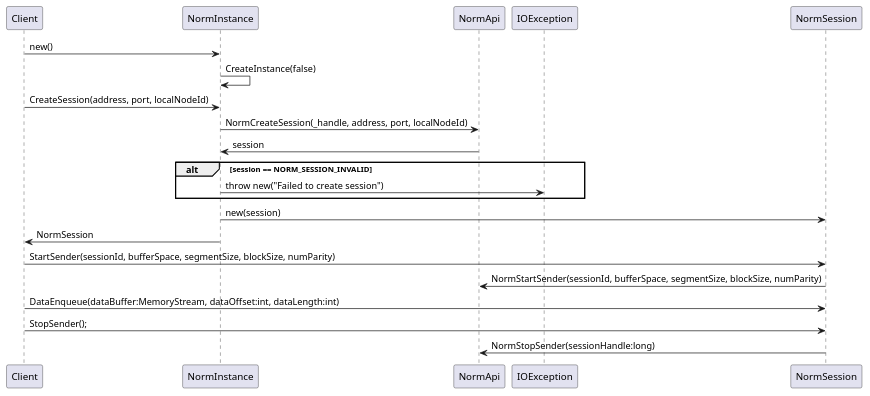
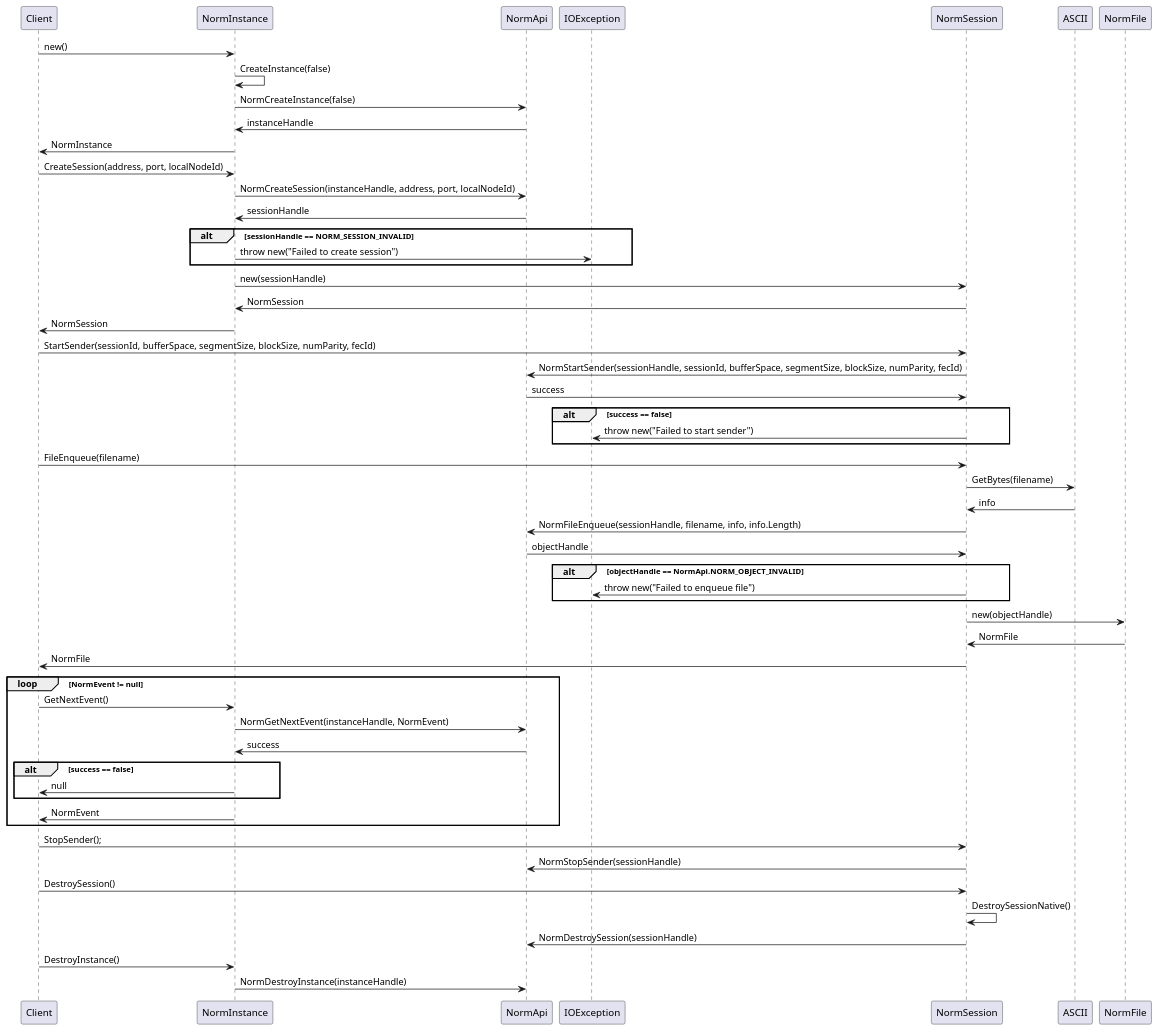
One commit to mullerj/norm changed the diagram in src/dotnet/design/Mil/Navy/Nrl/Norm/Sequence Diagrams/EnqueueFunction.puml. Above: the diagram before and after it, drawn with PlantUML.

Commit message:
Updated EnqueueFile sequence diagram

```diff
--- a/src/dotnet/design/Mil/Navy/Nrl/Norm/Sequence Diagrams/EnqueueFunction.puml
+++ b/src/dotnet/design/Mil/Navy/Nrl/Norm/Sequence Diagrams/EnqueueFunction.puml
@@ -1,17 +1,49 @@
 @startuml FileEnqueue
 Client -> NormInstance : new()
 NormInstance -> NormInstance : CreateInstance(false)
+NormInstance -> NormApi : NormCreateInstance(false)
+NormInstance <- NormApi : instanceHandle
+Client <- NormInstance : NormInstance
 Client -> NormInstance : CreateSession(address, port, localNodeId)
-NormInstance -> NormApi : NormCreateSession(_handle, address, port, localNodeId)
-NormInstance <- NormApi : session
-alt session == NORM_SESSION_INVALID
+NormInstance -> NormApi : NormCreateSession(instanceHandle, address, port, localNodeId)
+NormInstance <- NormApi : sessionHandle
+alt sessionHandle == NORM_SESSION_INVALID
     NormInstance -> IOException : throw new("Failed to create session")
 end
-NormInstance -> NormSession : new(session)
+NormInstance -> NormSession : new(sessionHandle)
+NormInstance <- NormSession : NormSession
 Client <- NormInstance : NormSession
-Client -> NormSession : StartSender(sessionId, bufferSpace, segmentSize, blockSize, numParity)
-NormSession -> NormApi : NormStartSender(sessionId, bufferSpace, segmentSize, blockSize, numParity)
-Client -> NormSession : DataEnqueue(dataBuffer:MemoryStream, dataOffset:int, dataLength:int)
+Client -> NormSession : StartSender(sessionId, bufferSpace, segmentSize, blockSize, numParity, fecId)
+NormSession -> NormApi : NormStartSender(sessionHandle, sessionId, bufferSpace, segmentSize, blockSize, numParity, fecId)
+NormSession <- NormApi : success
+alt success == false
+    NormSession -> IOException : throw new("Failed to start sender")
+end
+Client -> NormSession : FileEnqueue(filename)
+NormSession -> ASCII : GetBytes(filename)
+NormSession <- ASCII : info
+NormSession -> NormApi : NormFileEnqueue(sessionHandle, filename, info, info.Length)
+NormSession <- NormApi : objectHandle
+alt objectHandle == NormApi.NORM_OBJECT_INVALID
+    NormSession -> IOException : throw new("Failed to enqueue file")
+end
+NormSession -> NormFile: new(objectHandle)
+NormSession <- NormFile : NormFile
+Client <- NormSession : NormFile
+loop NormEvent != null
+    Client -> NormInstance : GetNextEvent()
+    NormInstance -> NormApi : NormGetNextEvent(instanceHandle, NormEvent)
+    NormInstance <- NormApi : success
+    alt success == false
+        Client <- NormInstance : null
+    end
+    Client <- NormInstance : NormEvent
+end
 Client -> NormSession : StopSender();
-NormSession -> NormApi : NormStopSender(sessionHandle:long)
+NormSession -> NormApi : NormStopSender(sessionHandle)
+Client -> NormSession : DestroySession()
+NormSession -> NormSession : DestroySessionNative()
+NormSession -> NormApi : NormDestroySession(sessionHandle)
+Client -> NormInstance : DestroyInstance()
+NormInstance -> NormApi : NormDestroyInstance(instanceHandle)
 @enduml
```
